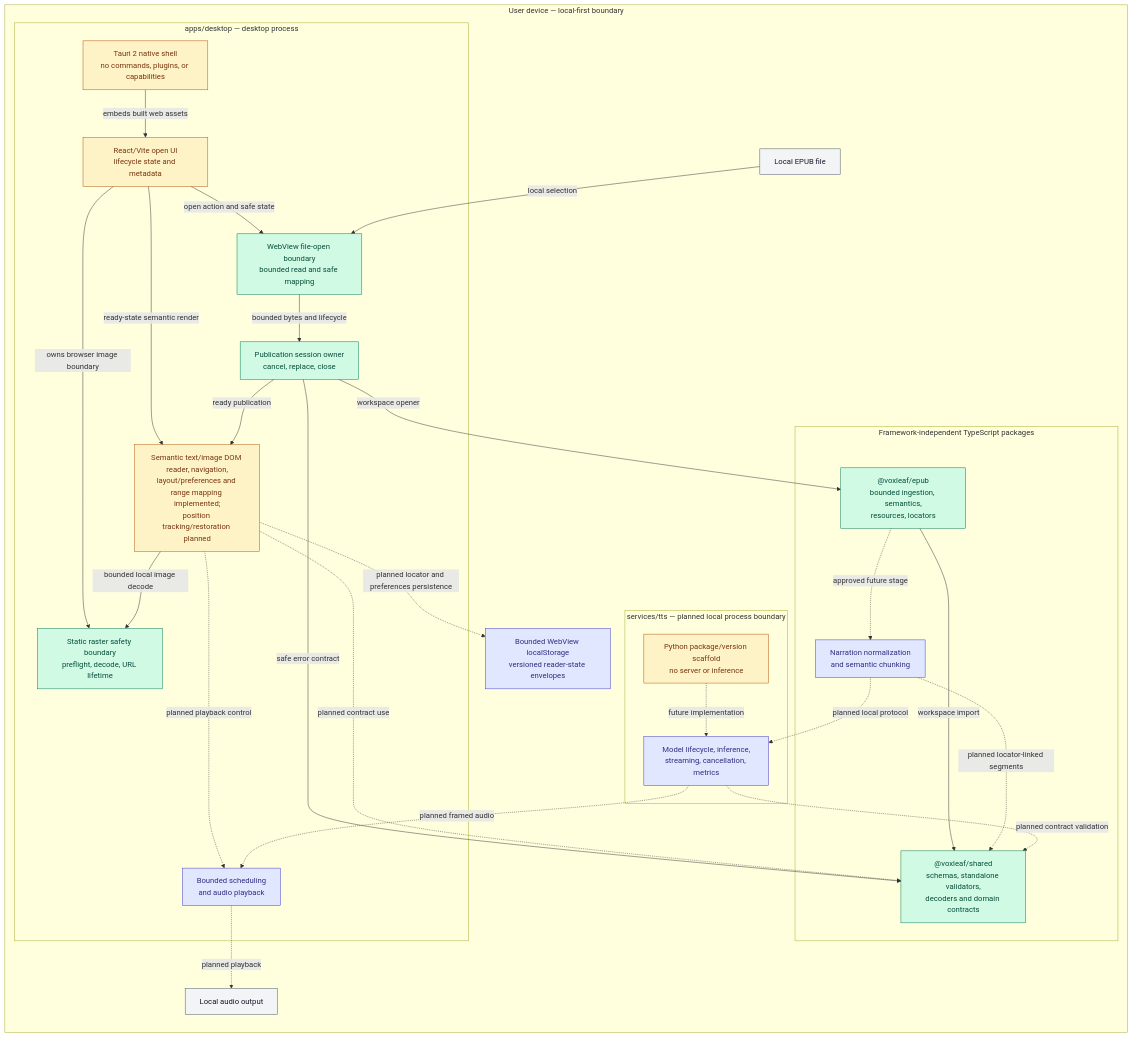
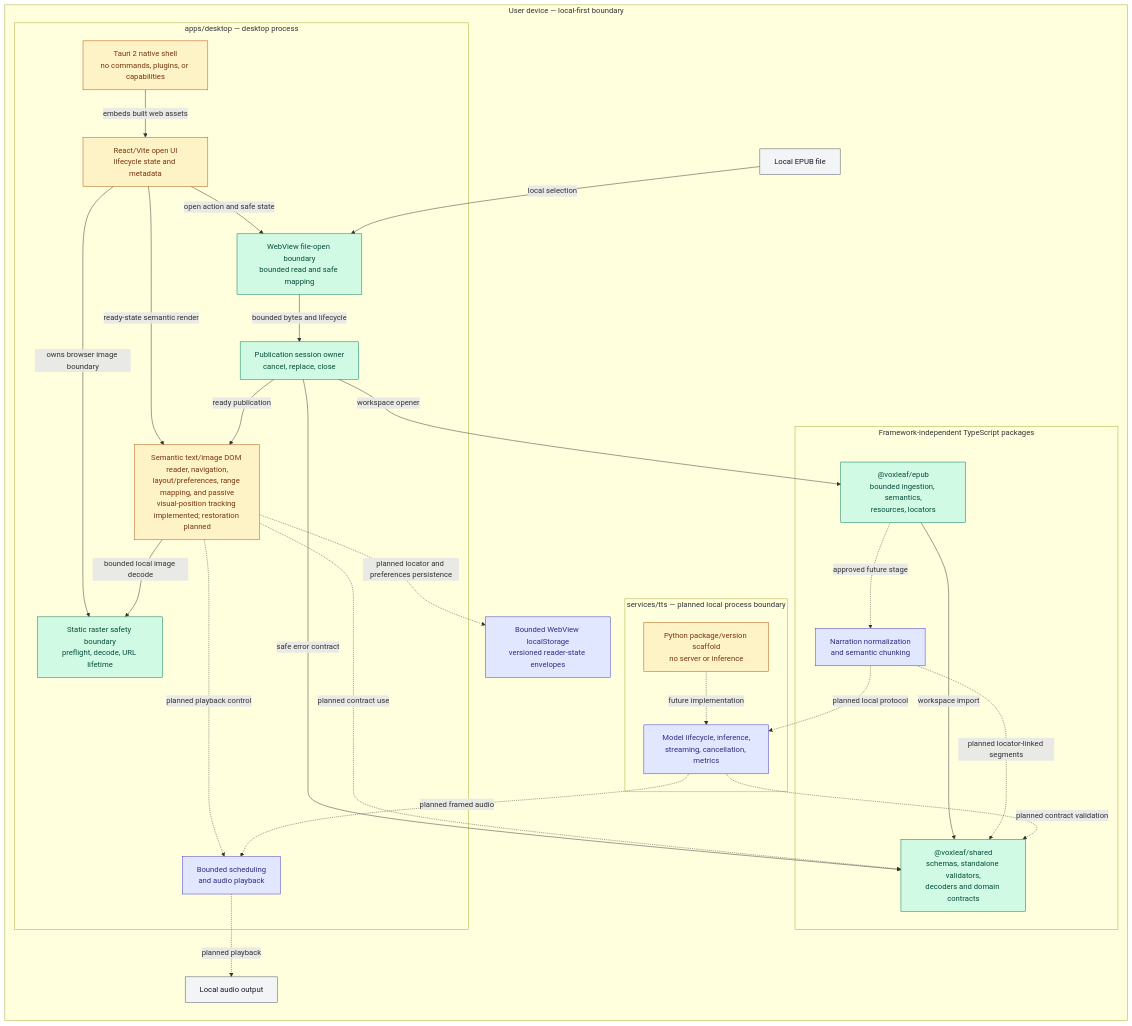
Before and after one commit to mmjosedaniel/voxleaf: the first of 2 diagrams in docs/architecture/system-diagram.md, drawn with Mermaid. The commit also changed other lines of this file and 10 other files, not shown here.

Commit message:
Implement active visual locator tracking (#64)

````diff
--- a/docs/architecture/system-diagram.md
+++ b/docs/architecture/system-diagram.md
@@ -24,56 +24,56 @@
 ```mermaid
 flowchart LR
   classDef implemented fill:#d1fae5,stroke:#047857,color:#064e3b
   classDef partial fill:#fef3c7,stroke:#b45309,color:#78350f
   classDef planned fill:#e0e7ff,stroke:#4338ca,color:#312e81
   classDef external fill:#f3f4f6,stroke:#4b5563,color:#111827
 
   subgraph device["User device — local-first boundary"]
     epubFile["Local EPUB file"]:::external
     audioDevice["Local audio output"]:::external
     readingStore["Bounded WebView localStorage<br/>versioned reader-state envelopes"]:::planned
 
     subgraph desktop["apps/desktop — desktop process"]
       nativeShell["Tauri 2 native shell<br/>no commands, plugins, or capabilities"]:::partial
       webShell["React/Vite open UI<br/>lifecycle state and metadata"]:::partial
       fileBoundary["WebView file-open boundary<br/>bounded read and safe mapping"]:::implemented
       rasterBoundary["Static raster safety boundary<br/>preflight, decode, URL lifetime"]:::implemented
       publicationSession["Publication session owner<br/>cancel, replace, close"]:::implemented
-      reader["Semantic text/image DOM reader, navigation,<br/>layout/preferences and range mapping implemented;<br/>position tracking/restoration planned"]:::partial
+      reader["Semantic text/image DOM reader, navigation,<br/>layout/preferences, range mapping, and passive<br/>visual-position tracking implemented; restoration planned"]:::partial
       player["Bounded scheduling<br/>and audio playback"]:::planned
       nativeShell -->|embeds built web assets| webShell
       webShell -->|open action and safe state| fileBoundary
       webShell -->|owns browser image boundary| rasterBoundary
       webShell -->|ready-state semantic render| reader
       fileBoundary -->|bounded bytes and lifecycle| publicationSession
       publicationSession -->|ready publication| reader
       reader -->|bounded local image decode| rasterBoundary
       reader -. planned playback control .-> player
     end
 
     subgraph libraries["Framework-independent TypeScript packages"]
       shared["@voxleaf/shared<br/>schemas, standalone validators,<br/>decoders and domain contracts"]:::implemented
       epub["@voxleaf/epub<br/>bounded ingestion, semantics,<br/>resources, locators"]:::implemented
       narration["Narration normalization<br/>and semantic chunking"]:::planned
       epub -->|workspace import| shared
       epub -. approved future stage .-> narration
     end
 
     subgraph tts["services/tts — planned local process boundary"]
       ttsFoundation["Python package/version scaffold<br/>no server or inference"]:::partial
       ttsRuntime["Model lifecycle, inference,<br/>streaming, cancellation, metrics"]:::planned
       ttsFoundation -. future implementation .-> ttsRuntime
     end
   end
 
   epubFile -->|local selection| fileBoundary
   publicationSession -->|workspace opener| epub
   publicationSession -->|safe error contract| shared
   reader -. planned contract use .-> shared
   reader -. planned locator and preferences persistence .-> readingStore
   narration -. planned locator-linked segments .-> shared
   narration -. planned local protocol .-> ttsRuntime
   ttsRuntime -. planned contract validation .-> shared
   ttsRuntime -. planned framed audio .-> player
   player -. planned playback .-> audioDevice
 ```
````
